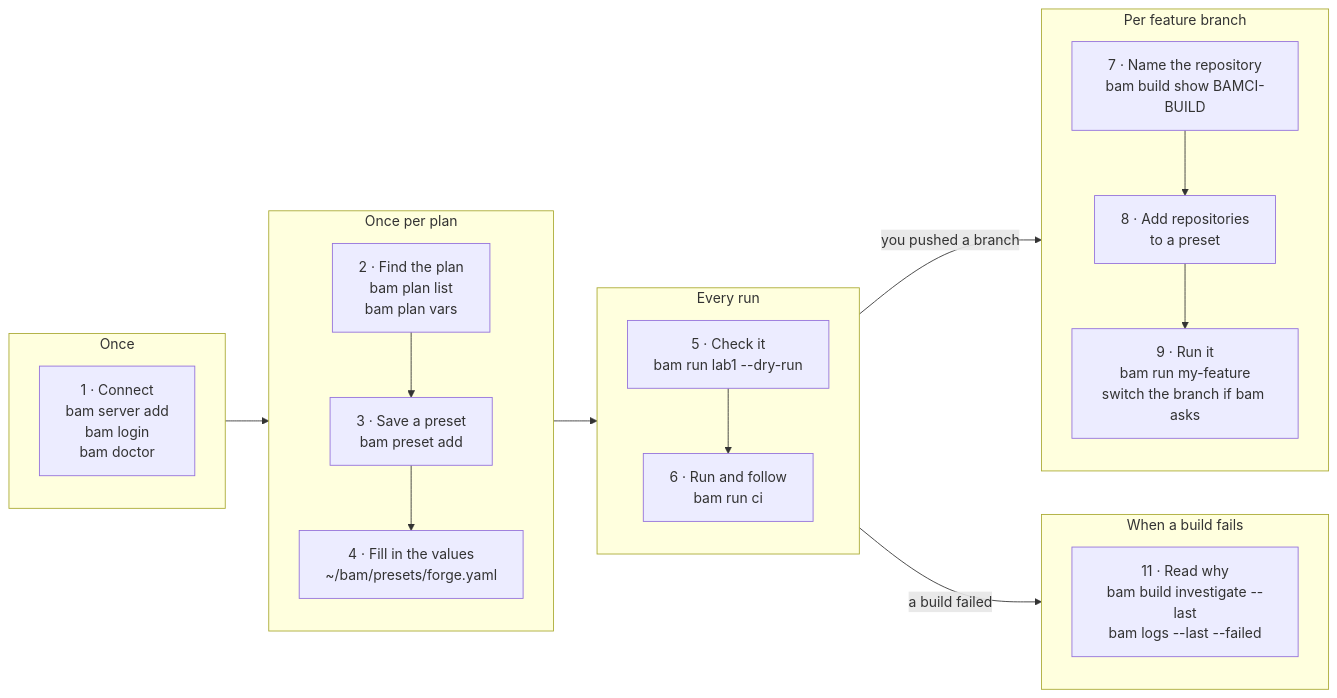
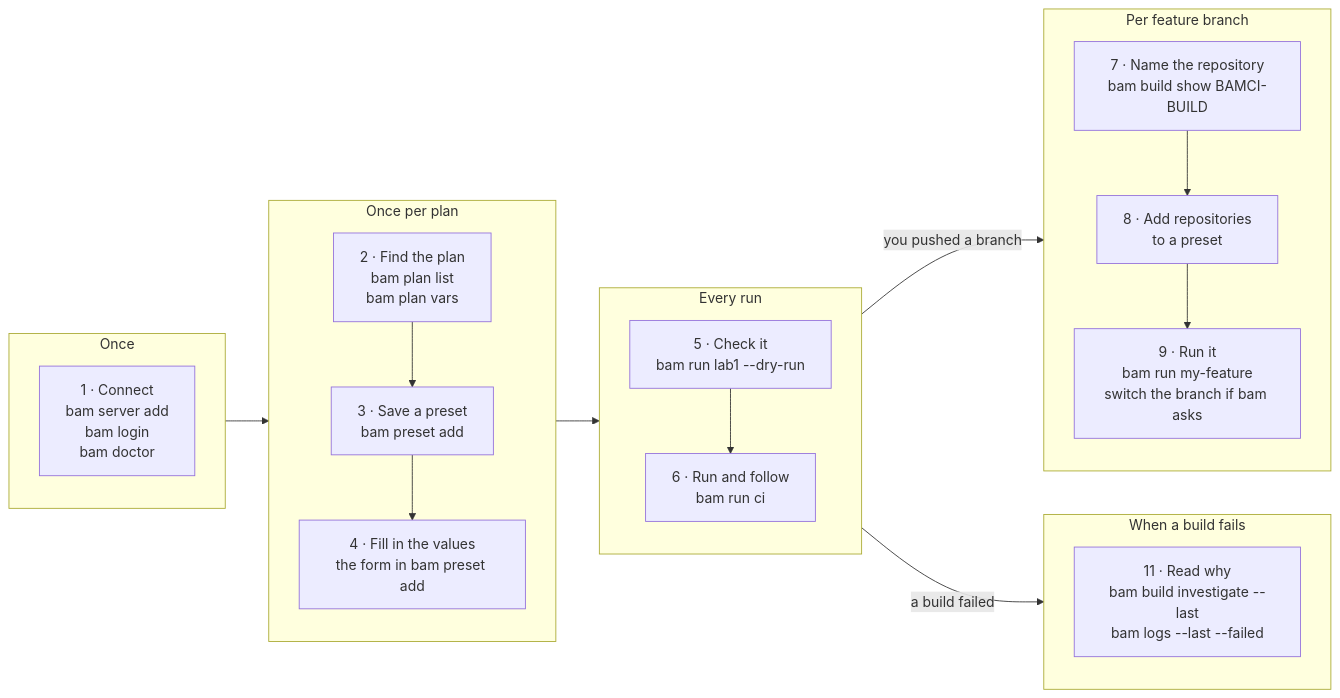
One commit to rojcarranza/bam changed the diagram in README.md. Above: the diagram before and after it, drawn with Mermaid. The commit also changed other lines of this file and 18 other files, not shown here.

Commit message:
feat(cli): set variable values and pick plan, branch and name in preset add

````diff
--- a/README.md
+++ b/README.md
@@ -131,21 +131,21 @@
 ```mermaid
 flowchart LR
     subgraph once ["Once"]
         s1["1 · Connect<br/>bam server add<br/>bam login<br/>bam doctor"]
     end
     subgraph perplan ["Once per plan"]
-        s2["2 · Find the plan<br/>bam plan list<br/>bam plan vars"] --> s3["3 · Save a preset<br/>bam preset add"] --> s4["4 · Fill in the values<br/>~/bam/presets/forge.yaml"]
+        s2["2 · Find the plan<br/>bam plan list<br/>bam plan vars"] --> s3["3 · Save a preset<br/>bam preset add"] --> s4["4 · Fill in the values<br/>the form in bam preset add"]
     end
     subgraph everyrun ["Every run"]
         s5["5 · Check it<br/>bam run lab1 --dry-run"] --> s6["6 · Run and follow<br/>bam run ci"]
     end
     subgraph feature ["Per feature branch"]
         s7["7 · Name the repository<br/>bam build show BAMCI-BUILD"] --> s8["8 · Add repositories<br/>to a preset"] --> s9["9 · Run it<br/>bam run my-feature<br/>switch the branch if bam asks"]
     end
     subgraph fails ["When a build fails"]
         s11["11 · Read why<br/>bam build investigate --last<br/>bam logs --last --failed"]
     end
     once --> perplan --> everyrun
     everyrun -->|"you pushed a branch"| feature
     everyrun -->|"a build failed"| fails
 ```
````
